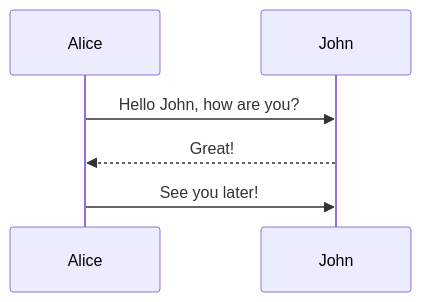
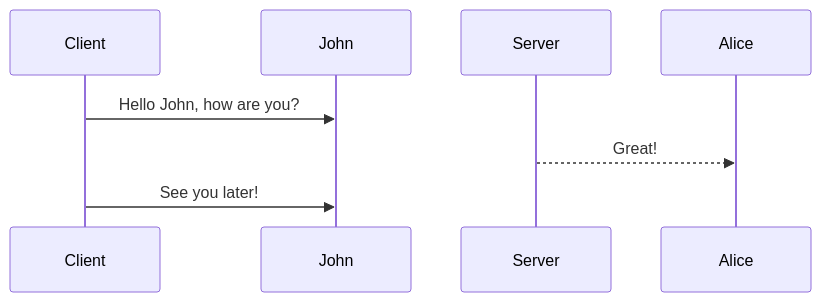
Before and after one commit to Mr-Machine98/final-project: the diagram in README.md, drawn with Mermaid. The commit also changed other lines of this file, not shown here.

````diff
--- a/README.md
+++ b/README.md
@@ -23,6 +24,6 @@
  ```mermaid
   sequenceDiagram
-      Alice->>John: Hello John, how are you?
-      John-->>Alice: Great!
-      Alice->>John: See you later!
+      Client->>John: Hello John, how are you?
+      Server-->>Alice: Great!
+      Client->>John: See you later!
   ```
````
